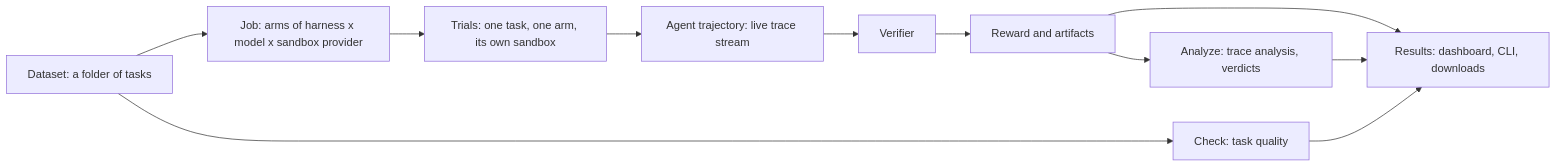
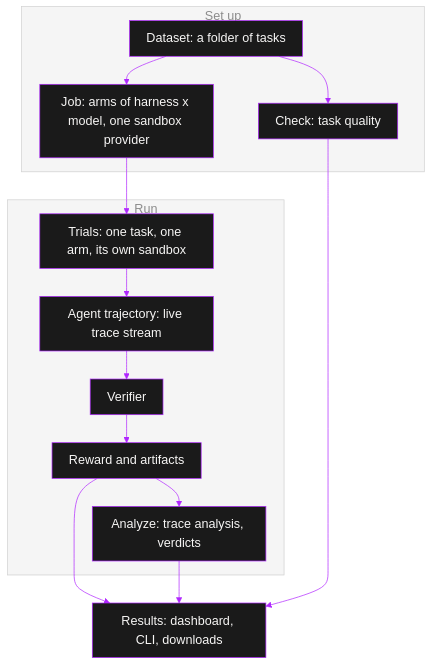
Before and after one commit to evolving-machines-lab/evolve: the diagram in docs-mintlify/core-concepts/index.mdx, drawn with Mermaid. The commit also changed other lines of this file and 1 other file, not shown here.

Commit message:
docs-mintlify: concepts chart top to bottom in two sections with the arm fix, what happens when you publish on datasets

````diff
--- a/docs-mintlify/core-concepts/index.mdx
+++ b/docs-mintlify/core-concepts/index.mdx
@@ -6,13 +6,18 @@
 ```mermaid
-flowchart LR
-  D[Dataset: a folder of tasks] --> J[Job: arms of harness x model x sandbox provider]
-  J --> T[Trials: one task, one arm, its own sandbox]
-  T --> A[Agent trajectory: live trace stream]
-  A --> V[Verifier]
-  V --> R[Reward and artifacts]
-  R --> AN[Analyze: trace analysis, verdicts]
-  D --> C[Check: task quality]
+%%{init: {"theme": "base", "themeVariables": {"fontSize": "18px", "fontFamily": "Google Sans Flex, sans-serif", "primaryColor": "#1a1a1a", "primaryTextColor": "#f7f6f5", "primaryBorderColor": "#B026FF", "lineColor": "#B026FF", "clusterBkg": "#80808014", "clusterBorder": "#80808059", "titleColor": "#8c8c8c"}, "flowchart": {"nodeSpacing": 32, "rankSpacing": 40, "padding": 12}}}%%
+flowchart TB
+  subgraph S[Set up]
+    D[Dataset: a folder of tasks] --> J[Job: arms of harness x model, one sandbox provider]
+    D --> C[Check: task quality]
+  end
+  subgraph RUN[Run]
+    T[Trials: one task, one arm, its own sandbox] --> A[Agent trajectory: live trace stream]
+    A --> V[Verifier]
+    V --> R[Reward and artifacts]
+    R --> AN[Analyze: trace analysis, verdicts]
+  end
+  J --> T
   R --> O[Results: dashboard, CLI, downloads]
   AN --> O
   C --> O
 ```
````
